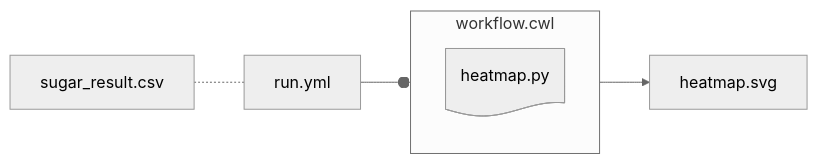
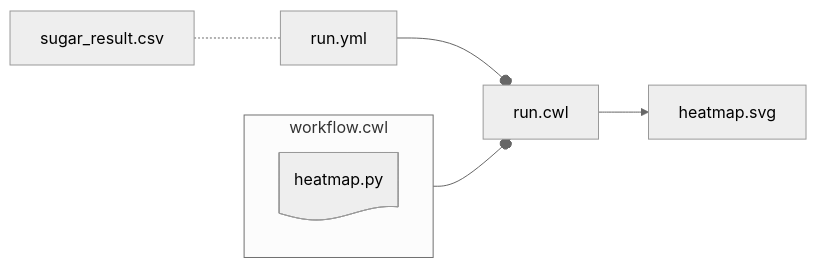
The diagram in src/content/docs/cwl/step-by-step.mdx (nfdi4plants/nfdi4plants.knowledgebase), drawn with Mermaid (neutral theme) before and after one commit. The commit also changed other lines of this file and 2 other files, not shown here.

Commit message:
add run.cwl to guide

````diff
--- a/src/content/docs/cwl/step-by-step.mdx
+++ b/src/content/docs/cwl/step-by-step.mdx
@@ -123,9 +151,13 @@
 ```mermaid
 flowchart LR
 
 subgraph "workflow.cwl"
   py@{ shape: doc, label: "heatmap.py" }
 end
 
-sugar_result.csv -.- run.yml --o workflow.cwl--> heatmap.svg
+run.yml --o run.cwl
+workflow.cwl --o run.cwl
+run.cwl --> heatmap.svg
+
+sugar_result.csv -.- run.yml
 ```
````
